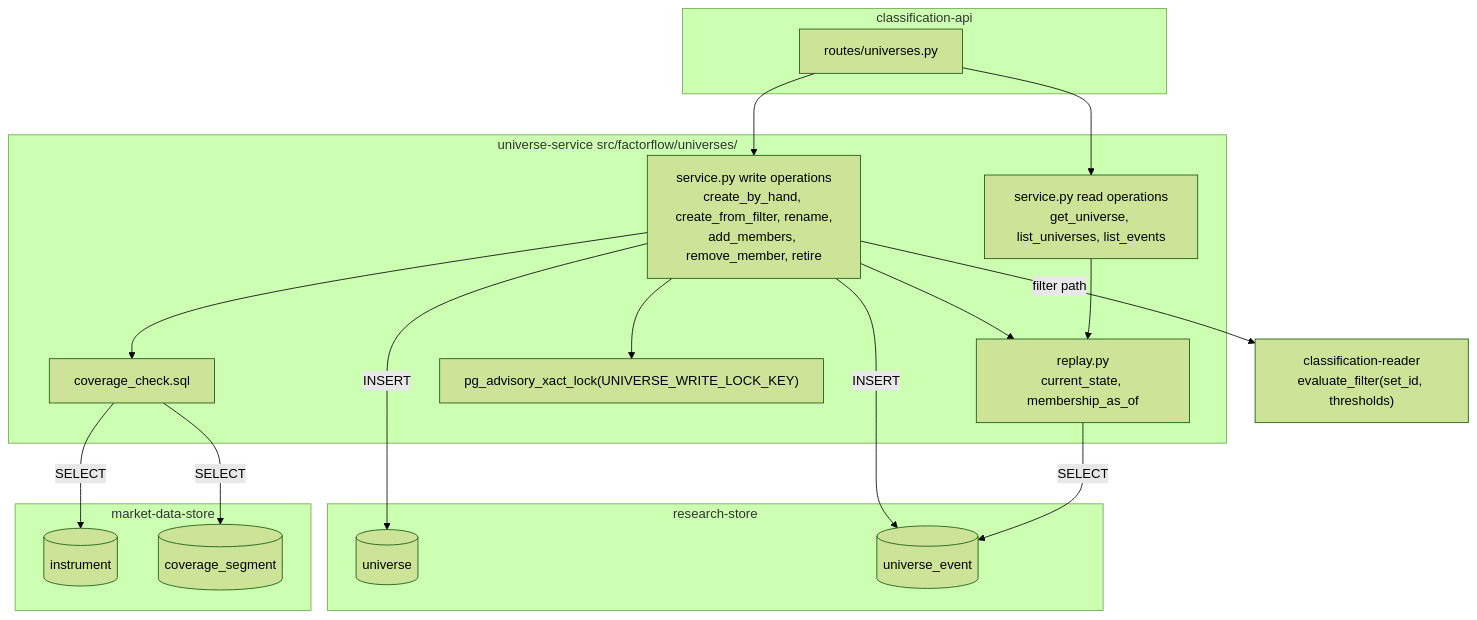
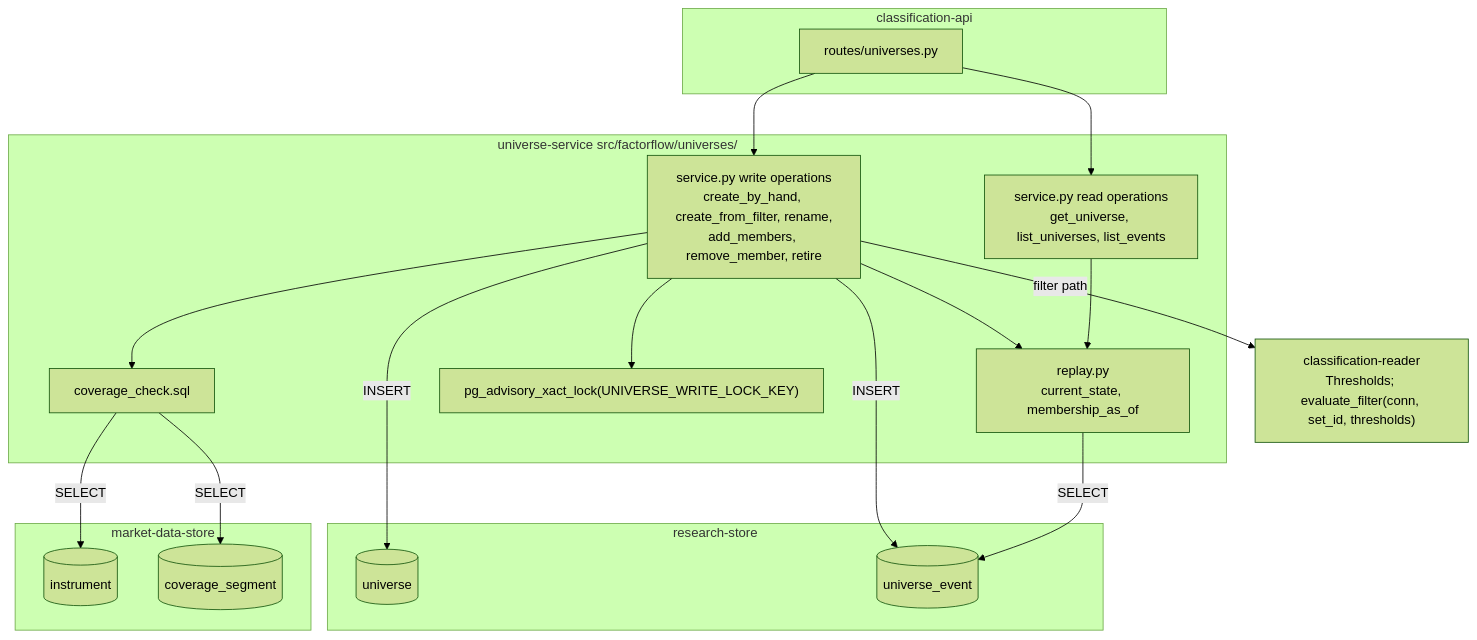
Before and after one commit to ajodraca/FactorFlow-v2: the first of 2 diagrams in docs/capabilities/CAP-002-universe-and-factor-classification/design/component-design-universe-service.md, drawn with Mermaid (forest theme). The commit also changed other lines of this file and 6 other files, not shown here.

````diff
--- a/docs/capabilities/CAP-002-universe-and-factor-classification/design/component-design-universe-service.md
+++ b/docs/capabilities/CAP-002-universe-and-factor-classification/design/component-design-universe-service.md
@@ -127,35 +153,35 @@
 ```mermaid
 flowchart TB
     subgraph API["classification-api"]
         R["routes/universes.py"]
     end
     subgraph SVC["universe-service  src/factorflow/universes/"]
         W["service.py write operations<br/>create_by_hand, create_from_filter, rename,<br/>add_members, remove_member, retire"]
         Q["service.py read operations<br/>get_universe, list_universes, list_events"]
         RP["replay.py<br/>current_state, membership_as_of"]
         CK["coverage_check.sql"]
         LK["pg_advisory_xact_lock(UNIVERSE_WRITE_LOCK_KEY)"]
     end
     subgraph RS["research-store"]
         U[("universe")]
         UE[("universe_event")]
     end
     subgraph MDS["market-data-store"]
         INS[("instrument")]
         COV[("coverage_segment")]
     end
-    CR["classification-reader<br/>evaluate_filter(set_id, thresholds)"]
+    CR["classification-reader<br/>Thresholds; evaluate_filter(conn, set_id, thresholds)"]
 
     R --> W
     R --> Q
     W --> LK
     W --> CK
     W --> RP
     W -->|INSERT| U
     W -->|INSERT| UE
     W -->|filter path| CR
     Q --> RP
     RP -->|SELECT| UE
     CK -->|SELECT| INS
     CK -->|SELECT| COV
 ```
````
